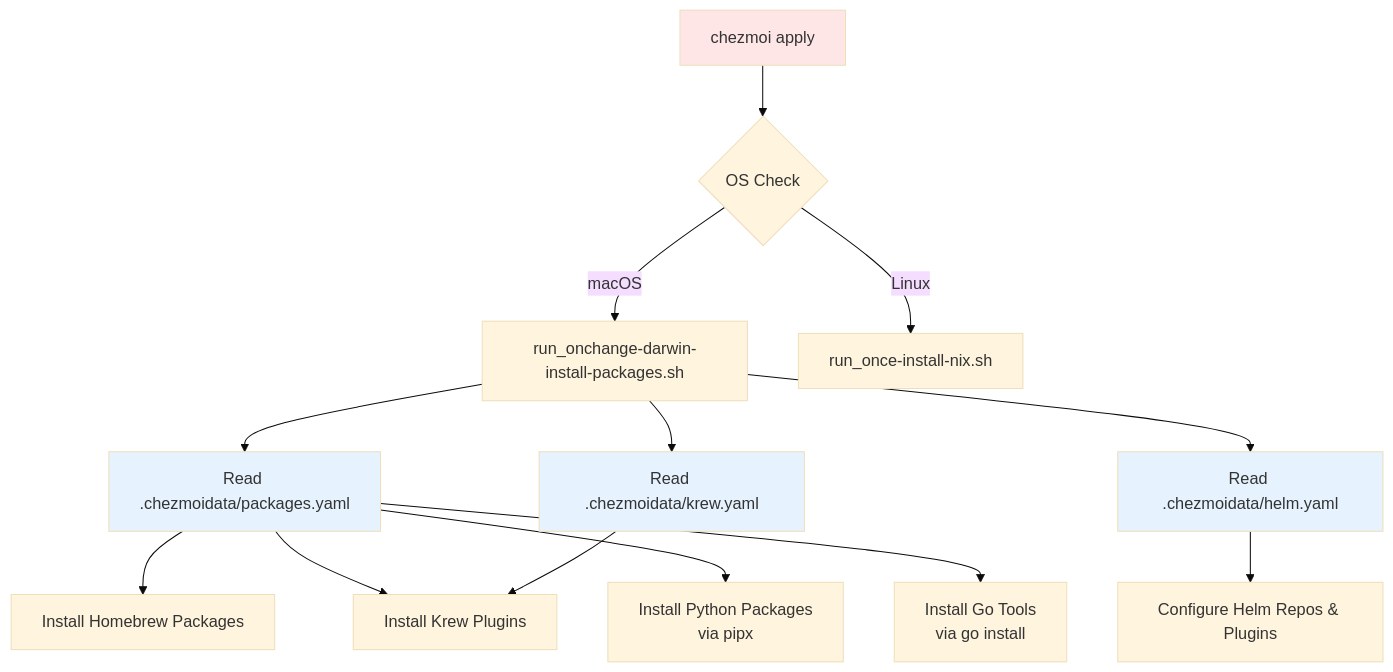
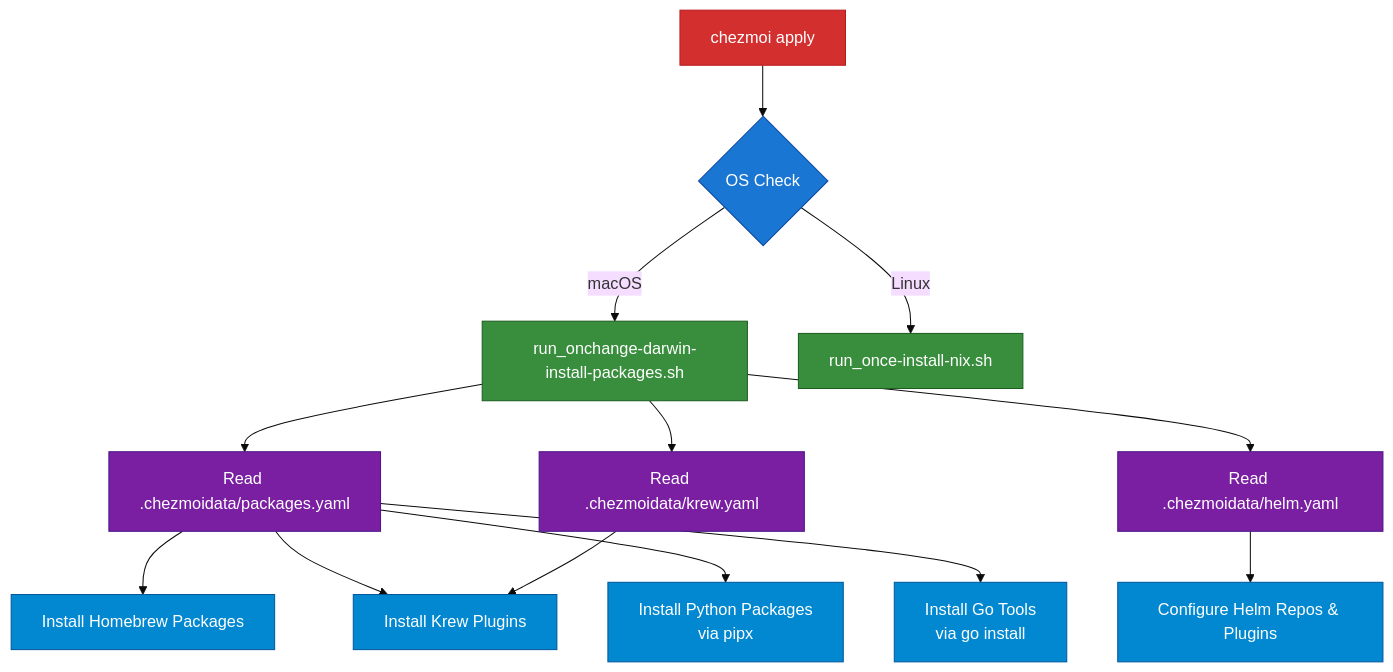
Before and after one commit to mkm29/dotfiles: the second of 4 diagrams in README.md, drawn with Mermaid (base theme). The commit also changed other lines of this file, not shown here.

Commit message:
Update README.md to enhance diagram styles for workflows and package installation flow

````diff
--- a/README.md
+++ b/README.md
@@ -80,23 +80,31 @@
 ```mermaid
 graph TD
     A[chezmoi apply] --> B{OS Check}
     B -->|macOS| C[run_onchange-darwin-install-packages.sh]
     B -->|Linux| D[run_once-install-nix.sh]
     
     C --> E[Read .chezmoidata/packages.yaml]
     E --> F[Install Homebrew Packages]
     E --> G[Install Krew Plugins]
     E --> H[Install Python Packages<br/>via pipx]
     E --> I[Install Go Tools<br/>via go install]
     
     C --> J[Read .chezmoidata/krew.yaml]
     J --> G
     
     C --> K[Read .chezmoidata/helm.yaml]
     K --> L[Configure Helm Repos & Plugins]
     
-    style A fill:#ffe6e6
-    style E fill:#e6f3ff
-    style J fill:#e6f3ff
-    style K fill:#e6f3ff
+    style A fill:#d32f2f,stroke:#b71c1c,color:#fff
+    style B fill:#1976d2,stroke:#0d47a1,color:#fff
+    style C fill:#388e3c,stroke:#1b5e20,color:#fff
+    style D fill:#388e3c,stroke:#1b5e20,color:#fff
+    style E fill:#7b1fa2,stroke:#4a148c,color:#fff
+    style J fill:#7b1fa2,stroke:#4a148c,color:#fff
+    style K fill:#7b1fa2,stroke:#4a148c,color:#fff
+    style F fill:#0288d1,stroke:#01579b,color:#fff
+    style G fill:#0288d1,stroke:#01579b,color:#fff
+    style H fill:#0288d1,stroke:#01579b,color:#fff
+    style I fill:#0288d1,stroke:#01579b,color:#fff
+    style L fill:#0288d1,stroke:#01579b,color:#fff
 ```
````
